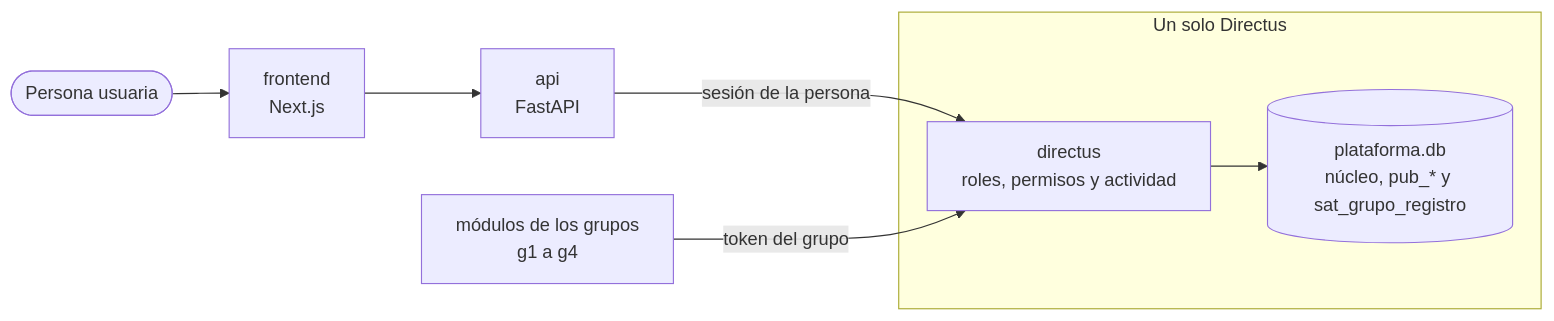
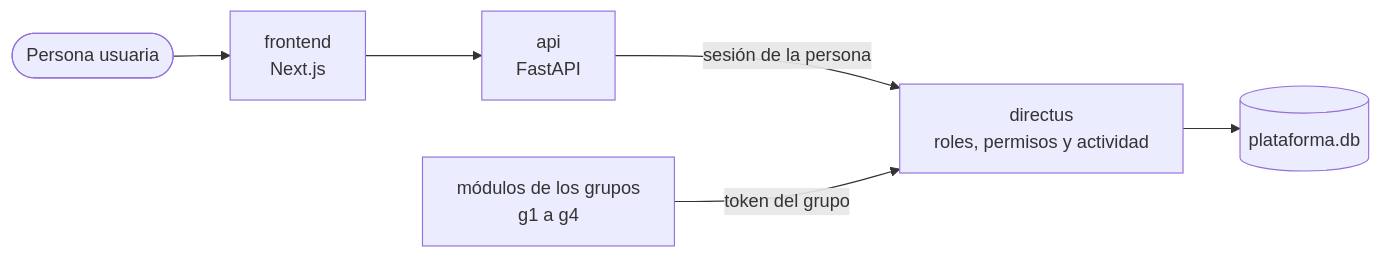
The diagram in README.md (Capstone-2026-DISC/DISC-Scheduling), drawn with Mermaid before and after one commit. The commit also changed 1 other file, not shown here.

Commit message:
docs: simplify the architecture diagram and wording

````diff
--- a/README.md
+++ b/README.md
@@ -19,10 +19,8 @@
 ```mermaid
 flowchart LR
     persona(["Persona usuaria"]) --> frontend["frontend<br/>Next.js"] --> api["api<br/>FastAPI"]
     api -->|"sesión de la persona"| directus
     modulos["módulos de los grupos<br/>g1 a g4"] -->|"token del grupo"| directus
 
-    subgraph dx["Un solo Directus"]
-        directus["directus<br/>roles, permisos y actividad"] --> db[("plataforma.db<br/>núcleo, pub_* y sat_grupo_registro")]
-    end
+    directus["directus<br/>roles, permisos y actividad"] --> db[("plataforma.db")]
 ```
````
